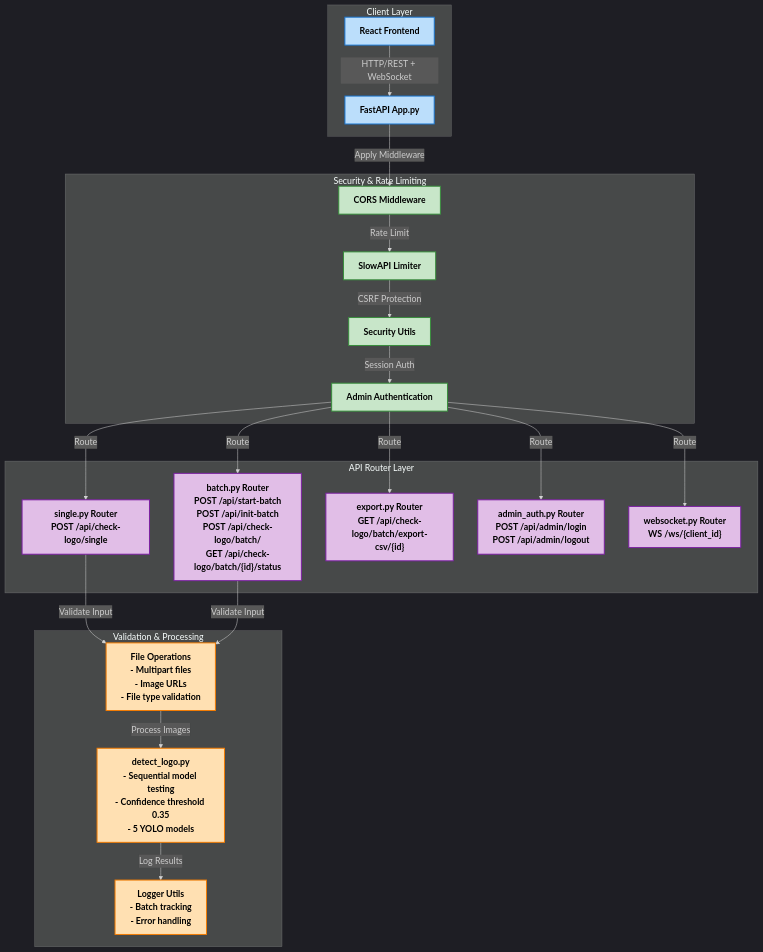
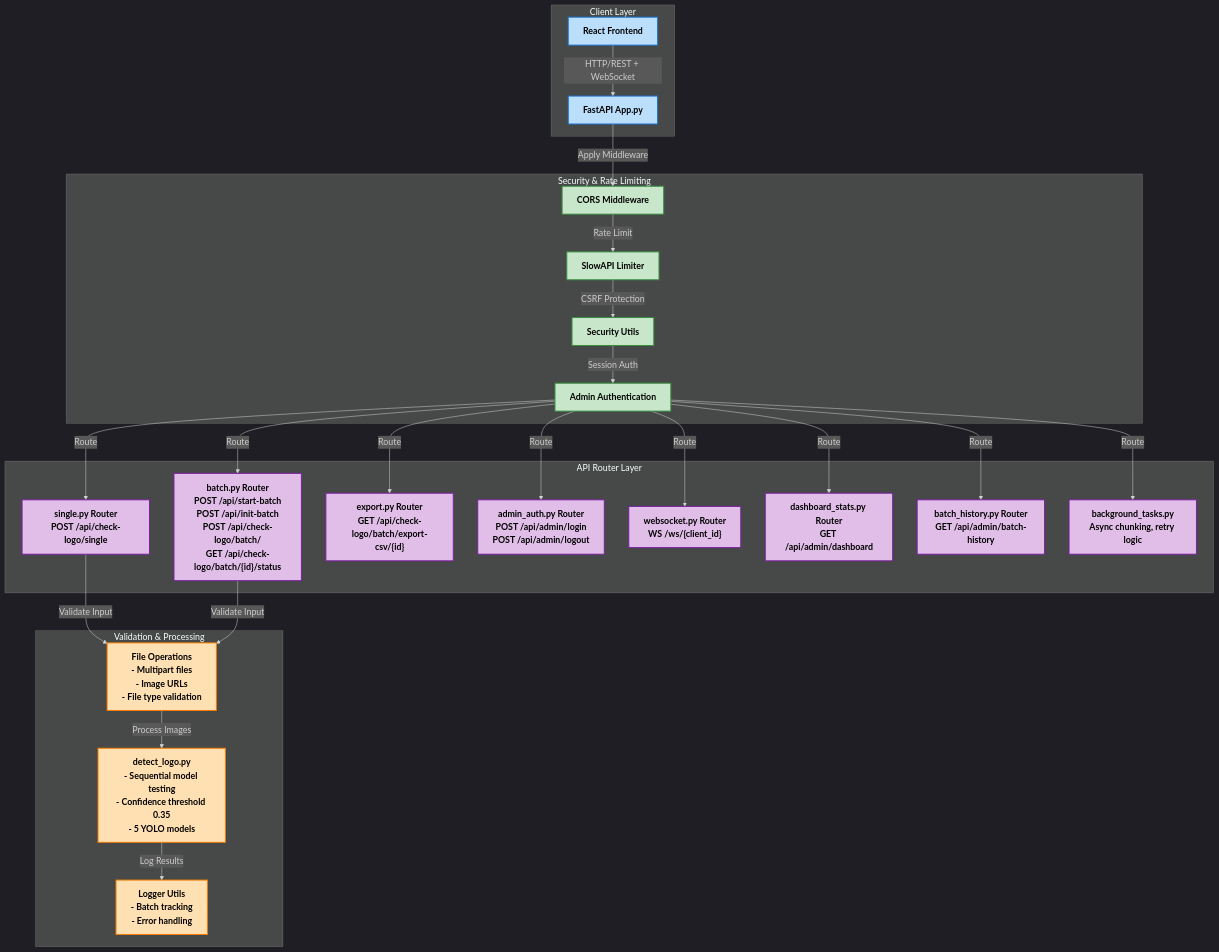
Before and after one commit to Dhruv0306/SymphonyProject1: the diagram in docs/images/Authentication & API Security Flow.mmd, drawn with Mermaid. The commit also changed 35 other files, not shown here.

First line of the commit message:
docs: update and expand documentation, diagrams, and environment setup

```diff
--- a/docs/images/Authentication & API Security Flow.mmd
+++ b/docs/images/Authentication & API Security Flow.mmd
@@ -1,40 +1,46 @@
 %%{init: {'theme': 'dark', 'themeVariables': { 'fontFamily': 'arial', 'fontSize': '18px', 'fontWeight': 'bold'}}}%%
 graph TD
     subgraph "Client Layer"
         style A fill:#bbdefb,stroke:#1976d2,stroke-width:2px,color:#000000,font-weight:bold
         style A1 fill:#bbdefb,stroke:#1976d2,stroke-width:2px,color:#000000,font-weight:bold
         A["React Frontend"] -->|"HTTP/REST + WebSocket"| A1["FastAPI App.py"]
     end
 
     subgraph "Security & Rate Limiting"
         style B fill:#c8e6c9,stroke:#388e3c,stroke-width:2px,color:#000000,font-weight:bold
         style C fill:#c8e6c9,stroke:#388e3c,stroke-width:2px,color:#000000,font-weight:bold
         style D fill:#c8e6c9,stroke:#388e3c,stroke-width:2px,color:#000000,font-weight:bold
         style E fill:#c8e6c9,stroke:#388e3c,stroke-width:2px,color:#000000,font-weight:bold
         A1 -->|"Apply Middleware"| B["CORS Middleware"]
         B -->|"Rate Limit"| C["SlowAPI Limiter"]
         C -->|"CSRF Protection"| D["Security Utils"]
         D -->|"Session Auth"| E["Admin Authentication"]
     end
 
     subgraph "API Router Layer"
         style F1 fill:#e1bee7,stroke:#7b1fa2,stroke-width:2px,color:#000000,font-weight:bold
         style F2 fill:#e1bee7,stroke:#7b1fa2,stroke-width:2px,color:#000000,font-weight:bold
         style F3 fill:#e1bee7,stroke:#7b1fa2,stroke-width:2px,color:#000000,font-weight:bold
         style F4 fill:#e1bee7,stroke:#7b1fa2,stroke-width:2px,color:#000000,font-weight:bold
         style F5 fill:#e1bee7,stroke:#7b1fa2,stroke-width:2px,color:#000000,font-weight:bold
+        style F6 fill:#e1bee7,stroke:#7b1fa2,stroke-width:2px,color:#000000,font-weight:bold
+        style F7 fill:#e1bee7,stroke:#7b1fa2,stroke-width:2px,color:#000000,font-weight:bold
+        style F8 fill:#e1bee7,stroke:#7b1fa2,stroke-width:2px,color:#000000,font-weight:bold
         E -->|"Route"| F1["single.py Router<br/>POST /api/check-logo/single"]
         E -->|"Route"| F2["batch.py Router<br/>POST /api/start-batch<br/>POST /api/init-batch<br/>POST /api/check-logo/batch/<br/>GET /api/check-logo/batch/{id}/status"]
         E -->|"Route"| F3["export.py Router<br/>GET /api/check-logo/batch/export-csv/{id}"]
         E -->|"Route"| F4["admin_auth.py Router<br/>POST /api/admin/login<br/>POST /api/admin/logout"]
         E -->|"Route"| F5["websocket.py Router<br/>WS /ws/{client_id}"]
+        E -->|"Route"| F6["dashboard_stats.py Router<br/>GET /api/admin/dashboard"]
+        E -->|"Route"| F7["batch_history.py Router<br/>GET /api/admin/batch-history"]
+        E -->|"Route"| F8["background_tasks.py<br/>Async chunking, retry logic"]
     end
 
     subgraph "Validation & Processing"
         style G fill:#ffe0b2,stroke:#f57c00,stroke-width:2px,color:#000000,font-weight:bold
         style H fill:#ffe0b2,stroke:#f57c00,stroke-width:2px,color:#000000,font-weight:bold
         style I fill:#ffe0b2,stroke:#f57c00,stroke-width:2px,color:#000000,font-weight:bold
         F1 & F2 -->|"Validate Input"| G["File Operations<br/>- Multipart files<br/>- Image URLs<br/>- File type validation"]
         G -->|"Process Images"| H["detect_logo.py<br/>- Sequential model testing<br/>- Confidence threshold 0.35<br/>- 5 YOLO models"]
         H -->|"Log Results"| I["Logger Utils<br/>- Batch tracking<br/>- Error handling"]
     end
```
